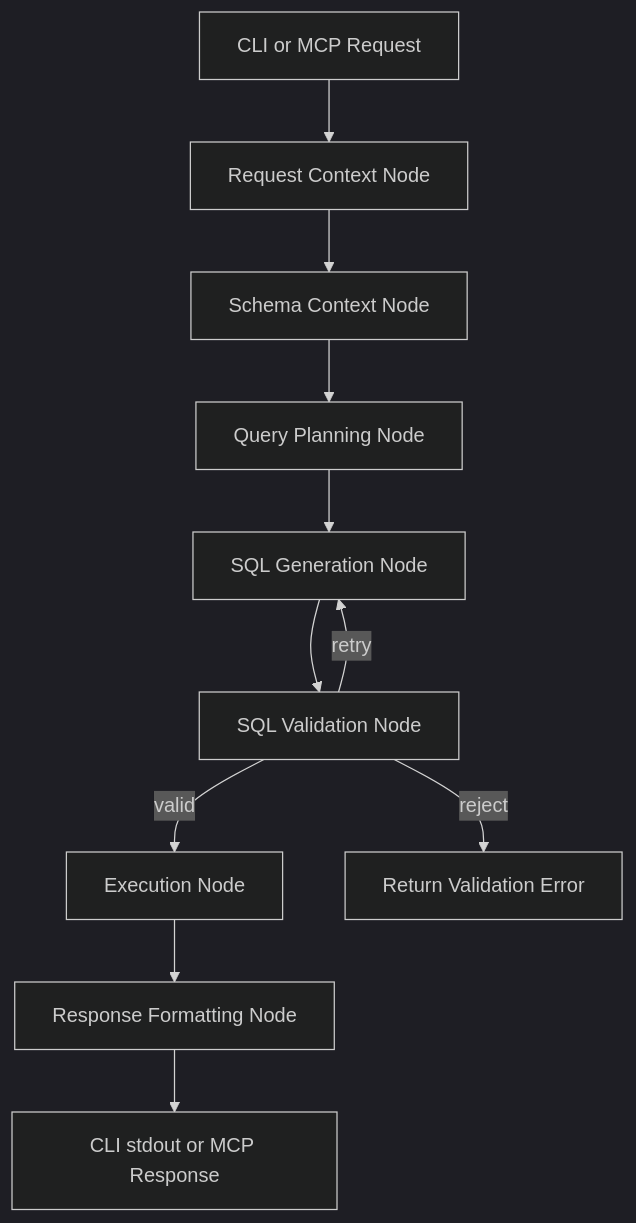
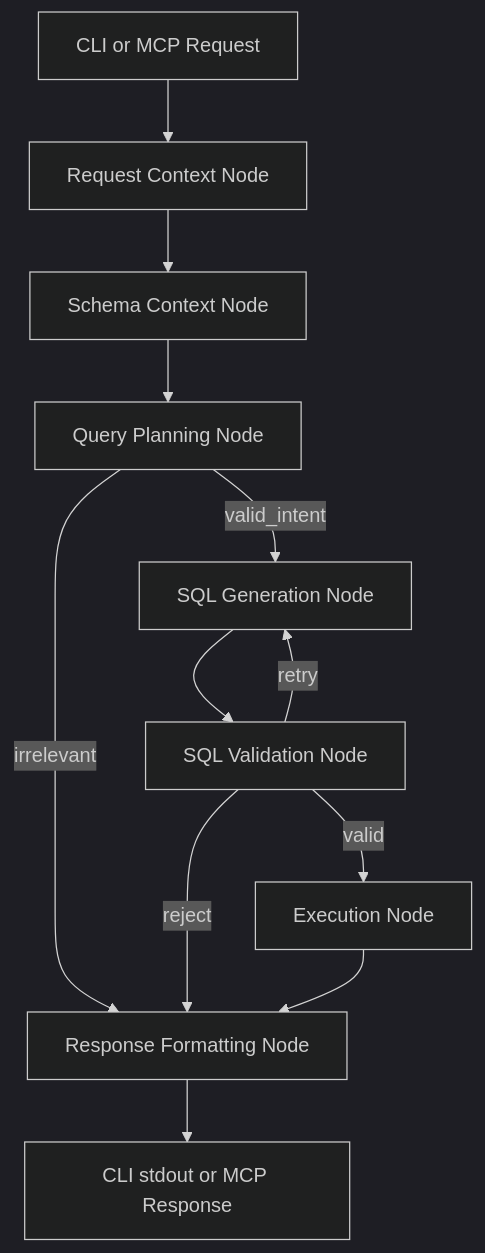
Before and after one commit to Linriversluv/llmapp101: the diagram in docs/design.md, drawn with Mermaid (dark theme). The commit also changed other lines of this file, not shown here.

Commit message:
docs(design): optimize adversarial threat model and workflow error routing

````diff
--- a/docs/design.md
+++ b/docs/design.md
@@ -67,13 +67,14 @@
 ```mermaid
 flowchart TD
     request[CLI or MCP Request] --> context[Request Context Node]
     context --> schema[Schema Context Node]
     schema --> plan[Query Planning Node]
-    plan --> generate[SQL Generation Node]
+    plan -->|valid_intent| generate[SQL Generation Node]
+    plan -->|irrelevant| format[Response Formatting Node]
     generate --> validate[SQL Validation Node]
     validate -->|valid| execute[Execution Node]
     validate -->|retry| generate
-    validate -->|reject| fail[Return Validation Error]
-    execute --> format[Response Formatting Node]
+    validate -->|reject| format
+    execute --> format
     format --> response[CLI stdout or MCP Response]
 ```
````
